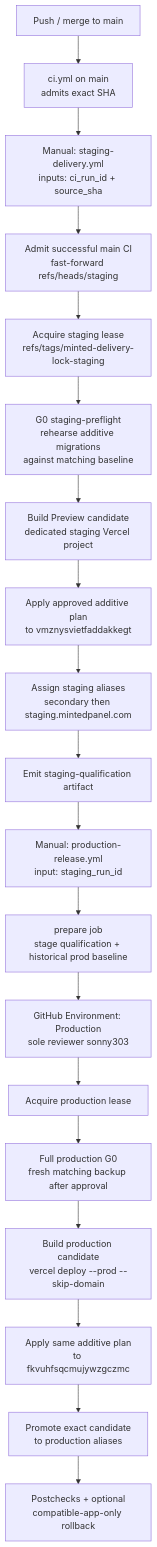
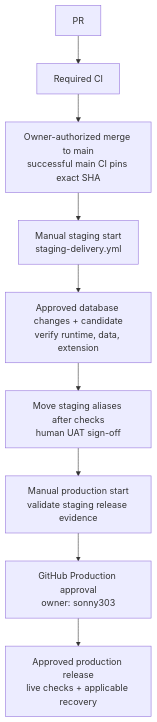
Before and after one commit to sonny303/mintedpanel: the sixth of 11 diagrams in docs/ops/environment-architecture.md, drawn with Mermaid. The commit also changed other lines of this file and 5 other files, not shown here.

Commit message:
docs: clarify manual staging and owner-approved release process

````diff
--- a/docs/ops/environment-architecture.md
+++ b/docs/ops/environment-architecture.md
@@ -198,22 +206,11 @@
 ```mermaid
 flowchart TB
-  PUSH["Push / merge to main"] --> CI["ci.yml on main<br/>admits exact SHA"]
-  CI --> DISP_S["Manual: staging-delivery.yml<br/>inputs: ci_run_id + source_sha"]
-  DISP_S --> ADMIT["Admit successful main CI<br/>fast-forward refs/heads/staging"]
-  ADMIT --> LEASE_S["Acquire staging lease<br/>refs/tags/minted-delivery-lock-staging"]
-  LEASE_S --> PRE["G0 staging-preflight<br/>rehearse additive migrations<br/>against matching baseline"]
-  PRE --> BUILD_S["Build Preview candidate<br/>dedicated staging Vercel project"]
-  BUILD_S --> MIG_S["Apply approved additive plan<br/>to vmznysvietfaddakkegt"]
-  MIG_S --> ALIAS_S["Assign staging aliases<br/>secondary then staging.mintedpanel.com"]
-  ALIAS_S --> QUAL["Emit staging-qualification artifact"]
-
-  QUAL --> DISP_P["Manual: production-release.yml<br/>input: staging_run_id"]
-  DISP_P --> PREP["prepare job<br/>stage qualification + historical prod baseline"]
-  PREP --> APPR["GitHub Environment: Production<br/>sole reviewer sonny303"]
-  APPR --> LEASE_P["Acquire production lease"]
-  LEASE_P --> G0P["Full production G0<br/>fresh matching backup after approval"]
-  G0P --> CAND["Build production candidate<br/>vercel deploy --prod --skip-domain"]
-  CAND --> MIG_P["Apply same additive plan<br/>to fkvuhfsqcmujywzgczmc"]
-  MIG_P --> PROMOTE["Promote exact candidate<br/>to production aliases"]
-  PROMOTE --> POST["Postchecks + optional<br/>compatible-app-only rollback"]
+  PR["PR"] --> CI["Required CI"]
+  CI --> MAIN["Owner-authorized merge to main<br/>successful main CI pins exact SHA"]
+  MAIN --> STAGE["Manual staging start<br/>staging-delivery.yml"]
+  STAGE --> VERIFY["Approved database changes + candidate<br/>verify runtime, data, extension"]
+  VERIFY --> READY["Move staging aliases after checks<br/>human UAT sign-off"]
+  READY --> PREP["Manual production start<br/>validate staging release evidence"]
+  PREP --> APPROVE["GitHub Production approval<br/>owner: sonny303"]
+  APPROVE --> PROD["Approved production release<br/>live checks + applicable recovery"]
 ```
````
